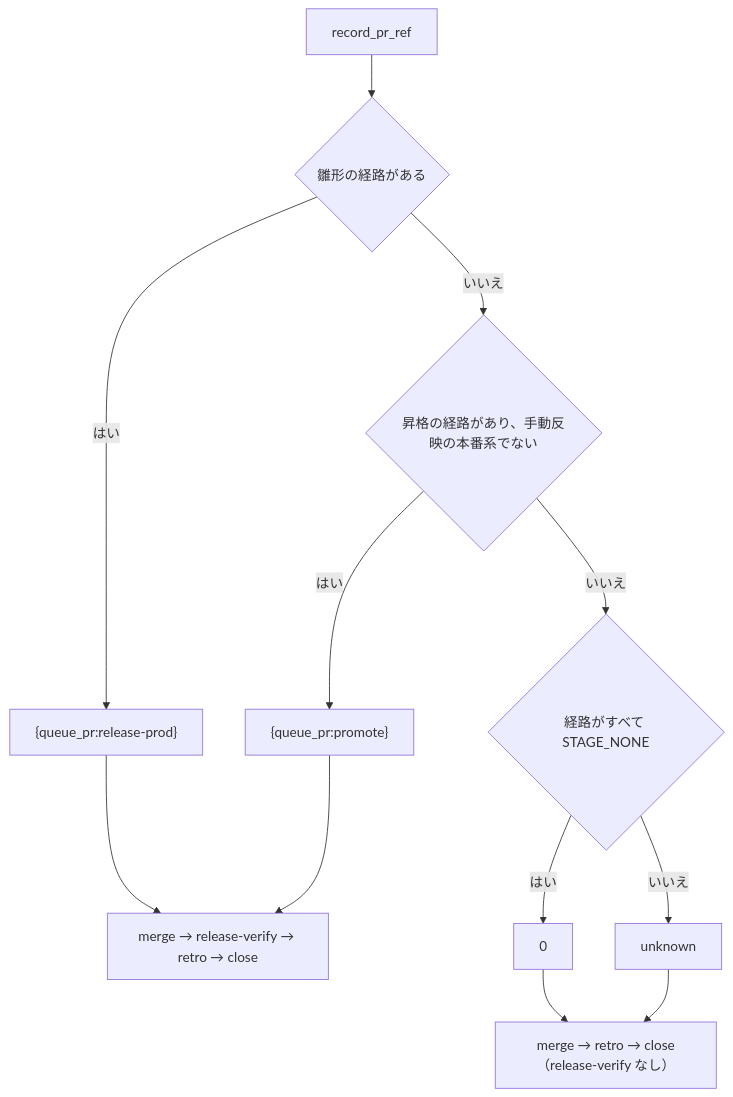
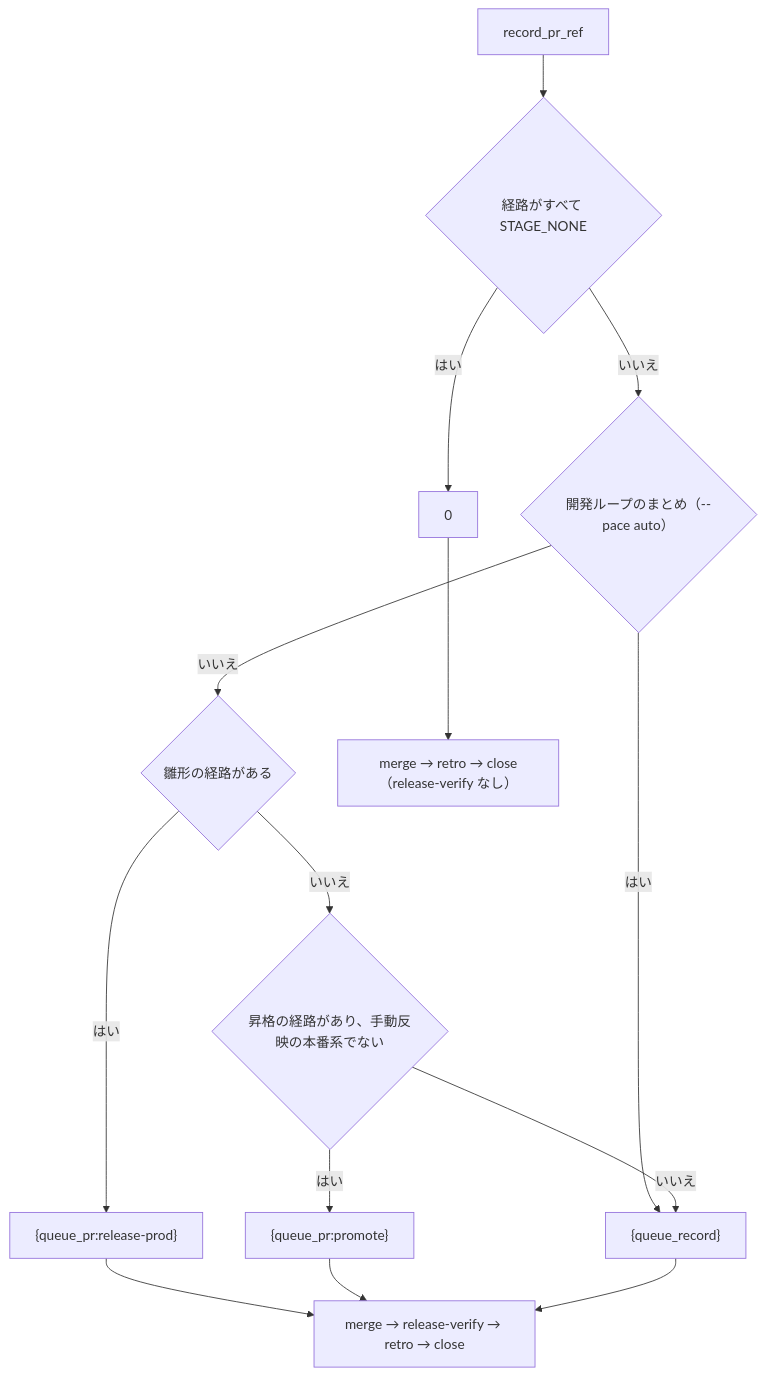
Before and after one commit to devbasex/ai-plugins: the diagram in docs/specifications/ndf-sprint-misjudgments-unknown-record-and-manual-none.md, drawn with Mermaid. The commit also changed other lines of this file and 2 other files, not shown here.

Commit message:
Docs: まとめが {queue_record} を組む変更を確定仕様へ反映する（#2230）

````diff
--- a/docs/specifications/ndf-sprint-misjudgments-unknown-record-and-manual-none.md
+++ b/docs/specifications/ndf-sprint-misjudgments-unknown-record-and-manual-none.md
@@ -106,14 +109,16 @@
 ```mermaid
 flowchart TD
-  A["record_pr_ref"] --> B{"雛形の経路がある"}
+  A["record_pr_ref"] --> D{"経路がすべて STAGE_NONE"}
+  D -- はい --> Z["0"]
+  D -- いいえ --> L{"開発ループのまとめ（--pace auto）"}
+  L -- はい --> U["{queue_record}"]
+  L -- いいえ --> B{"雛形の経路がある"}
   B -- はい --> T["{queue_pr:release-prod}"]
   B -- いいえ --> C{"昇格の経路があり、手動反映の本番系でない"}
   C -- はい --> P["{queue_pr:promote}"]
-  C -- いいえ --> D{"経路がすべて STAGE_NONE"}
-  D -- はい --> Z["0"]
-  D -- いいえ --> U["unknown"]
+  C -- いいえ --> U
   T --> V["merge → release-verify → retro → close"]
   P --> V
+  U --> V
   Z --> W["merge → retro → close（release-verify なし）"]
-  U --> W
 ```
````
